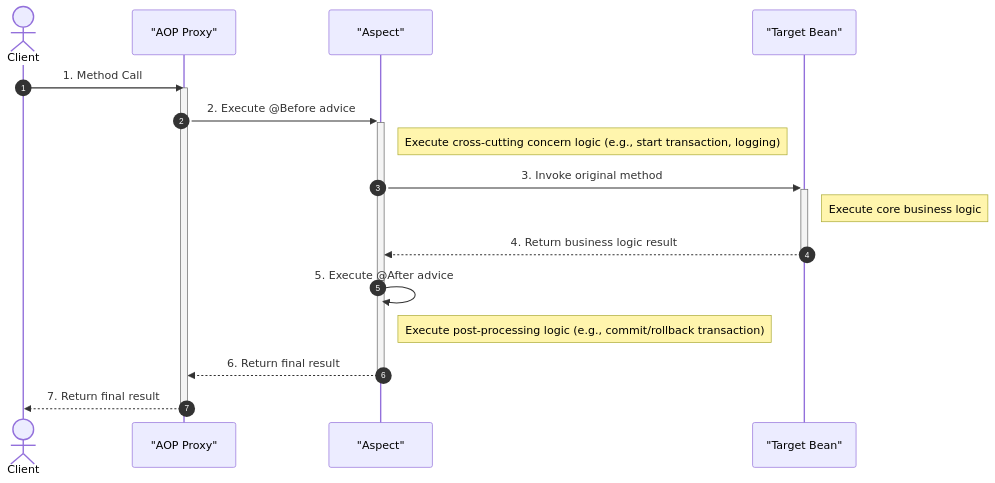
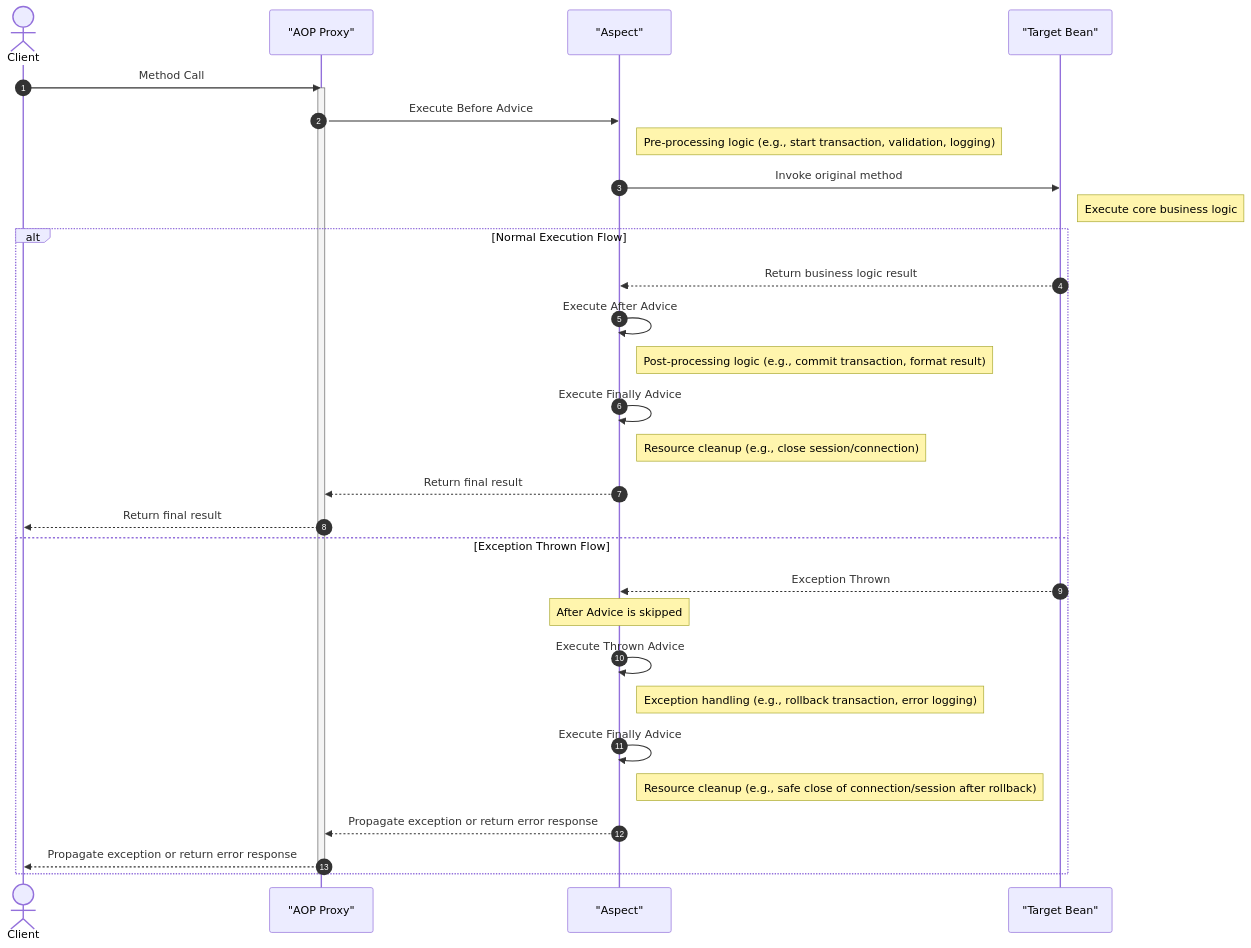
The ninth of 9 diagrams in _pages/en/docs/guides/aspectran-architecture-diagrams.md (aspectran/aspectran.github.io), drawn with Mermaid before and after one commit. The commit also changed other lines of this file and 1 other file, not shown here.

````diff
--- a/_pages/en/docs/guides/aspectran-architecture-diagrams.md
+++ b/_pages/en/docs/guides/aspectran-architecture-diagrams.md
@@ -522,30 +556,36 @@
 ```mermaid
 sequenceDiagram
     autonumber
     actor Client
     participant Proxy as "AOP Proxy"
     participant Aspect as "Aspect"
     participant Target as "Target Bean"
 
-    Client->>Proxy: 1. Method Call
+    Client->>Proxy: Method Call
+    activate Proxy
+    Proxy->>Aspect: Execute Before Advice
+    note right of Aspect: Pre-processing logic (e.g., start transaction, validation, logging)
 
-    activate Proxy
-    Proxy->>+Aspect: 2. Execute @Before advice
-
-    note right of Aspect: Execute cross-cutting concern logic (e.g., start transaction, logging)
-
-    Aspect->>+Target: 3. Invoke original method
-
+    Aspect->>Target: Invoke original method
     note right of Target: Execute core business logic
 
-    Target-->>-Aspect: 4. Return business logic result
-
-    Aspect->>Aspect: 5. Execute @After advice
-
-    note right of Aspect: Execute post-processing logic (e.g., commit/rollback transaction)
-
-    Aspect-->>-Proxy: 6. Return final result
-
-    Proxy-->>Client: 7. Return final result
+    alt Normal Execution Flow
+        Target-->>Aspect: Return business logic result
+        Aspect->>Aspect: Execute After Advice
+        note right of Aspect: Post-processing logic (e.g., commit transaction, format result)
+        Aspect->>Aspect: Execute Finally Advice
+        note right of Aspect: Resource cleanup (e.g., close session/connection)
+        Aspect-->>Proxy: Return final result
+        Proxy-->>Client: Return final result
+    else Exception Thrown Flow
+        Target-->>Aspect: Exception Thrown
+        note over Aspect: After Advice is skipped
+        Aspect->>Aspect: Execute Thrown Advice
+        note right of Aspect: Exception handling (e.g., rollback transaction, error logging)
+        Aspect->>Aspect: Execute Finally Advice
+        note right of Aspect: Resource cleanup (e.g., safe close of connection/session after rollback)
+        Aspect-->>Proxy: Propagate exception or return error response
+        Proxy-->>Client: Propagate exception or return error response
+    end
     deactivate Proxy
 ```
````
